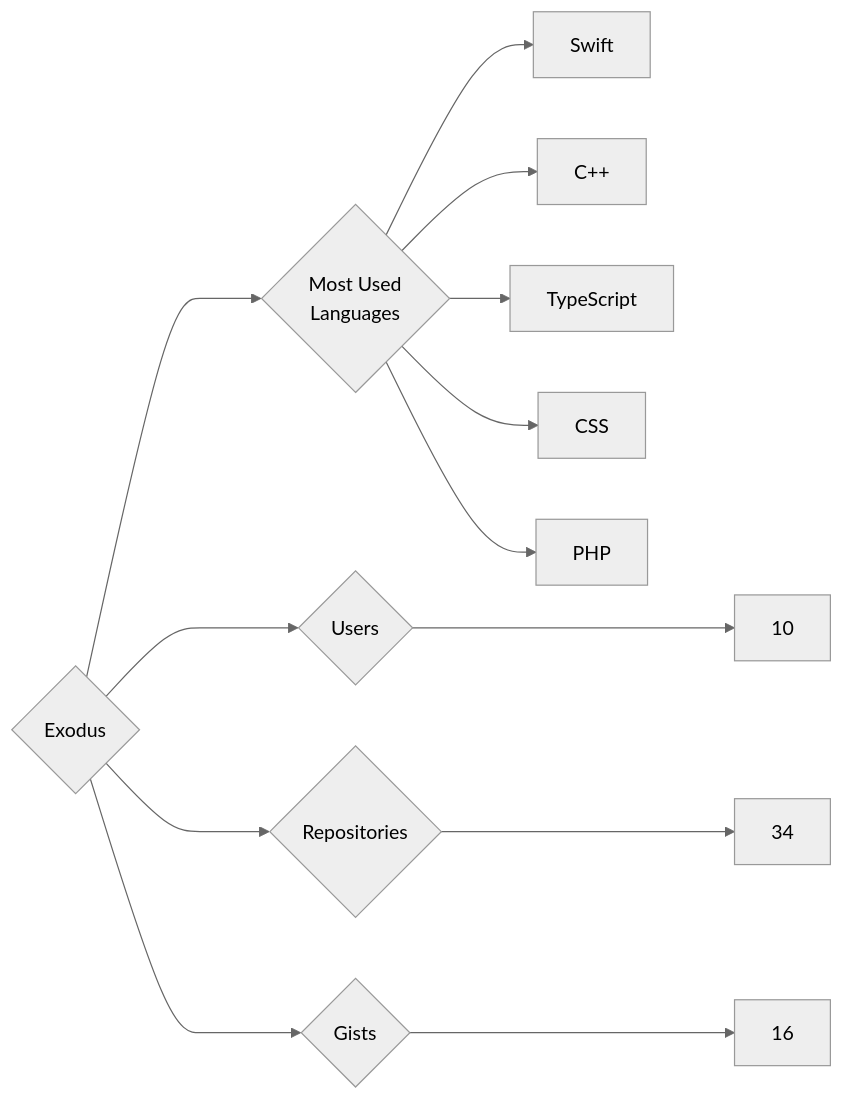
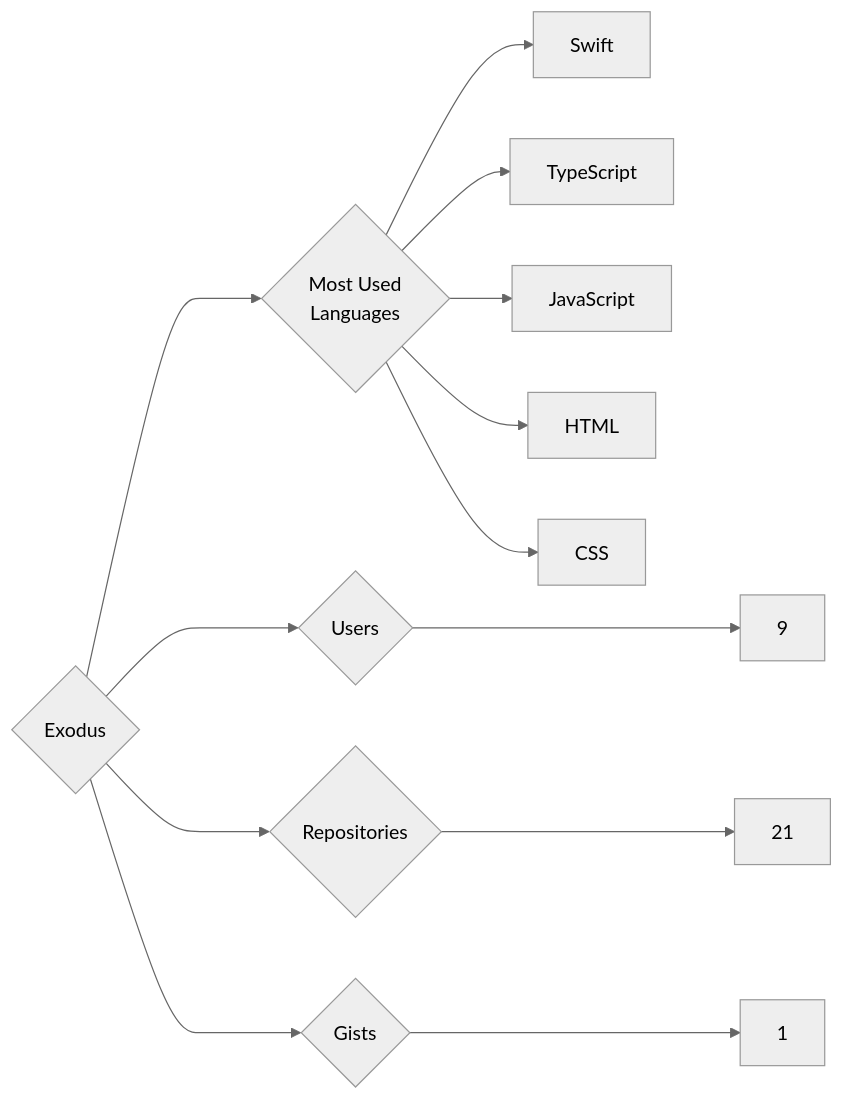
One commit to trickest/insiders changed the diagram in targets/Exodus/README.md. Above: the diagram before and after it, drawn with Mermaid (neutral theme). The commit also changed 985 other files, not shown here.

````diff
--- a/targets/Exodus/README.md
+++ b/targets/Exodus/README.md
@@ -3,13 +3,13 @@
 ```mermaid
 graph LR
 COMPANY_NAME{Exodus}
-COMPANY_NAME ---> U{Users} ---> UN[10]
-COMPANY_NAME ---> R{Repositories} ---> RN[34]
-COMPANY_NAME ---> G{Gists} ---> GN[16]
+COMPANY_NAME ---> U{Users} ---> UN[9]
+COMPANY_NAME ---> R{Repositories} ---> RN[21]
+COMPANY_NAME ---> G{Gists} ---> GN[1]
 COMPANY_NAME ---> ML{Most Used<br>Languages}
 ML --> Swift[Swift]
-ML --> C++[C++]
 ML --> TypeScript[TypeScript]
+ML --> JavaScript[JavaScript]
+ML --> HTML[HTML]
 ML --> CSS[CSS]
-ML --> PHP[PHP]
 ```
````
